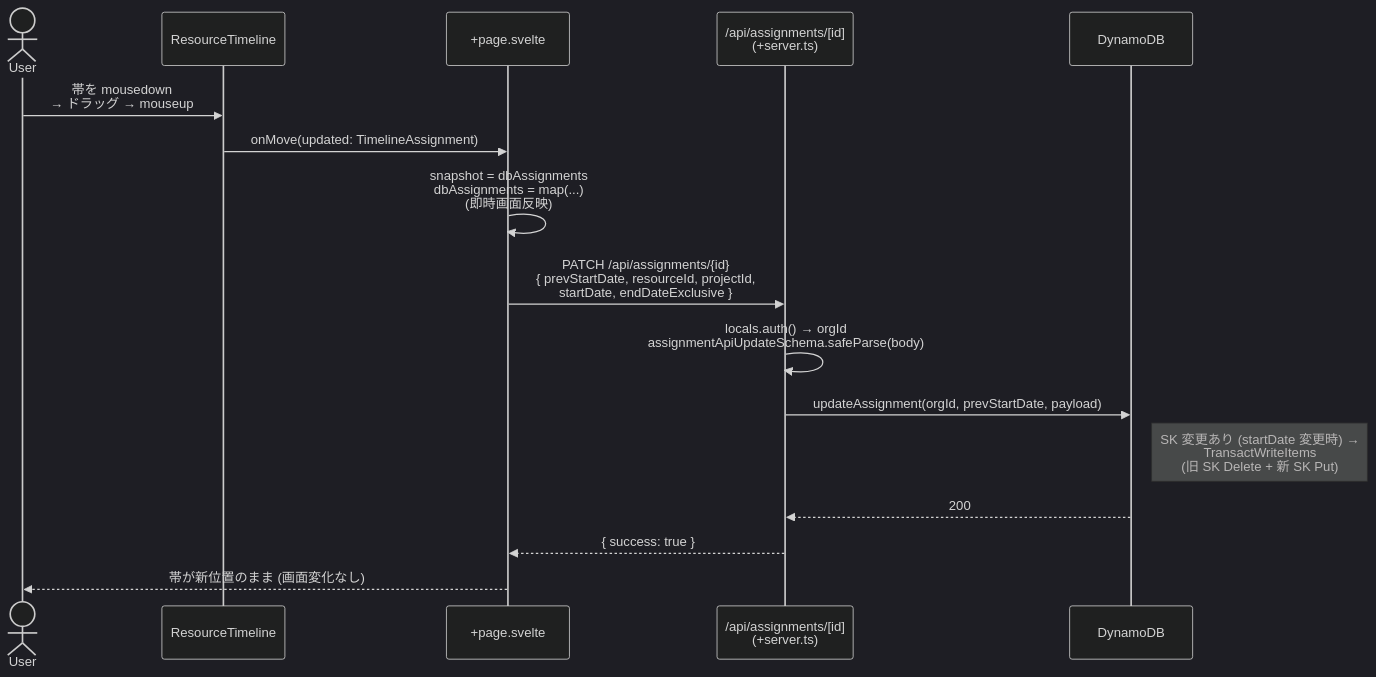
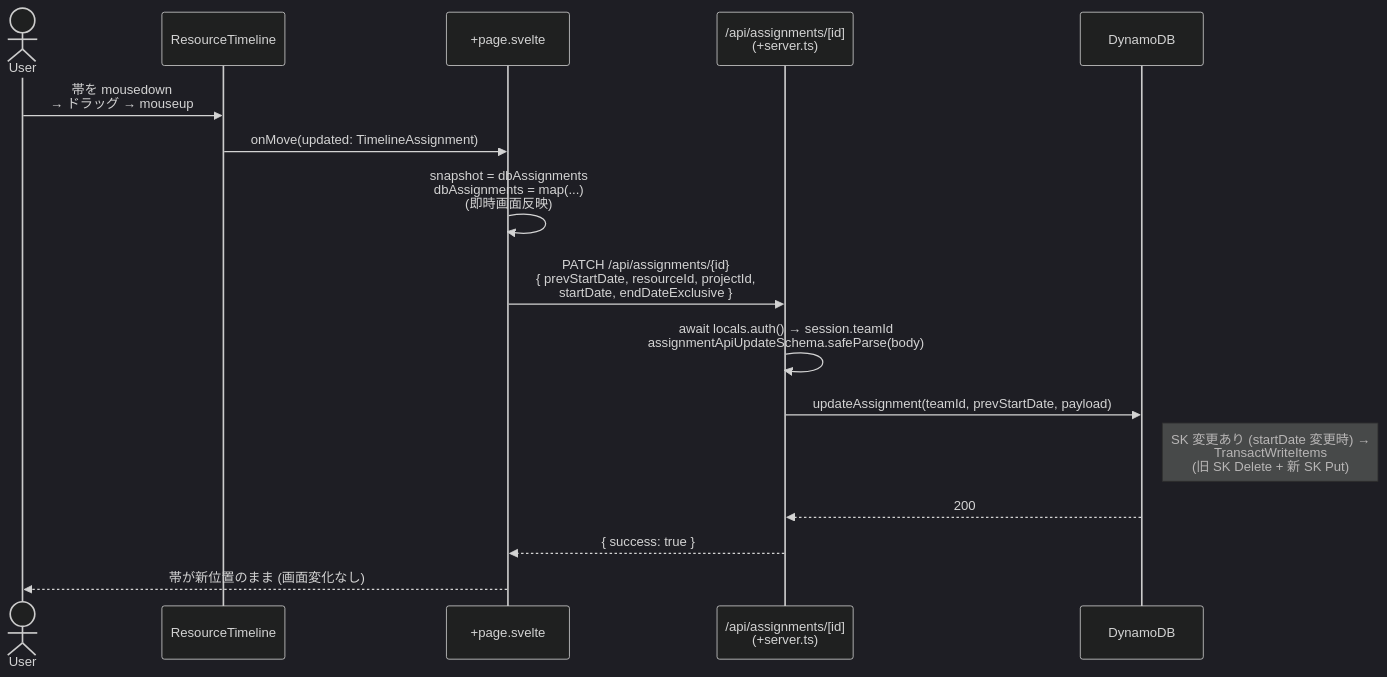
Before and after one commit to tommykey-apps/resource-planner: the fifth of 8 diagrams in docs/use-cases.md, drawn with Mermaid (dark theme). The commit also changed other lines of this file and 25 other files, not shown here.

````diff
--- a/docs/use-cases.md
+++ b/docs/use-cases.md
@@ -293,19 +293,19 @@
 ```mermaid
 sequenceDiagram
     actor User
     participant TL as ResourceTimeline
     participant SK as +page.svelte
     participant API as /api/assignments/[id]<br/>(+server.ts)
     participant DDB as DynamoDB
 
     User->>TL: 帯を mousedown<br/>→ ドラッグ → mouseup
     TL->>SK: onMove(updated: TimelineAssignment)
     SK->>SK: snapshot = dbAssignments<br/>dbAssignments = map(...)<br/>(即時画面反映)
     SK->>API: PATCH /api/assignments/{id}<br/>{ prevStartDate, resourceId, projectId,<br/>startDate, endDateExclusive }
-    API->>API: locals.auth() → orgId<br/>assignmentApiUpdateSchema.safeParse(body)
-    API->>DDB: updateAssignment(orgId, prevStartDate, payload)
+    API->>API: await locals.auth() → session.teamId<br/>assignmentApiUpdateSchema.safeParse(body)
+    API->>DDB: updateAssignment(teamId, prevStartDate, payload)
     note right of DDB: SK 変更あり (startDate 変更時) →<br/>TransactWriteItems<br/>(旧 SK Delete + 新 SK Put)
     DDB-->>API: 200
     API-->>SK: { success: true }
     SK-->>User: 帯が新位置のまま (画面変化なし)
 ```
````
